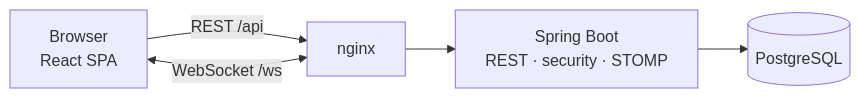
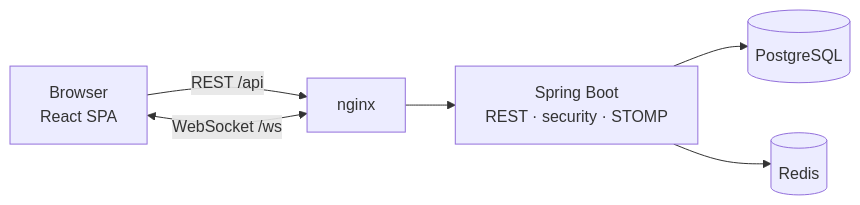
Before and after one commit to edisban/Rantevu: the diagram in README.md, drawn with Mermaid. The commit also changed other lines of this file, not shown here.

````diff
--- a/README.md
+++ b/README.md
@@ -54,7 +54,8 @@
 ```mermaid
 flowchart LR
     B["Browser<br/>React SPA"] -->|"REST /api"| N["nginx"]
     B <-->|"WebSocket /ws"| N
     N --> S["Spring Boot<br/>REST · security · STOMP"]
     S --> D[("PostgreSQL")]
+    S --> R[("Redis")]
 ```
````
